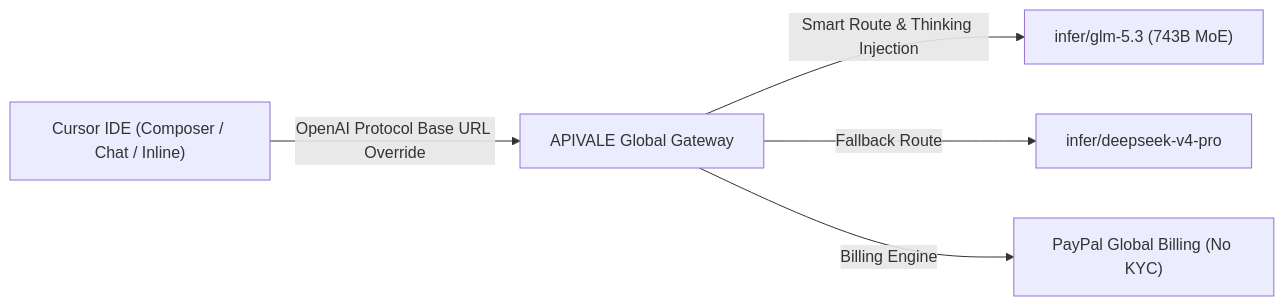
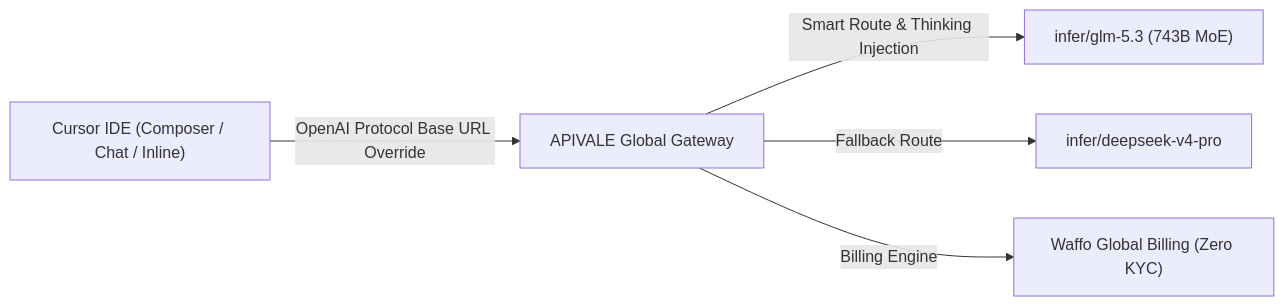
The diagram in src/content/blog/connect-glm-5-3-to-claude-code-cli-cursor.md (bshx2024/apivel_blog), drawn with Mermaid before and after one commit. The commit also changed other lines of this file and 1 other file, not shown here.

Commit message:
feat(cro): inject dual-mode interactive calculator widget and enforce Waffo billing in GLM-5.3 Cursor guide

````diff
--- a/src/content/blog/connect-glm-5-3-to-claude-code-cli-cursor.md
+++ b/src/content/blog/connect-glm-5-3-to-claude-code-cli-cursor.md
@@ -56,7 +56,7 @@
 ```mermaid
 graph LR
     A["Cursor IDE (Composer / Chat / Inline)"] -->|OpenAI Protocol Base URL Override| B["APIVALE Global Gateway"]
     B -->|Smart Route & Thinking Injection| C["infer/glm-5.3 (743B MoE)"]
     B -->|Fallback Route| D["infer/deepseek-v4-pro"]
-    B -->|Billing Engine| E["PayPal Global Billing (No KYC)"]
+    B -->|Billing Engine| E["Waffo Global Billing (Zero KYC)"]
 ```
````
